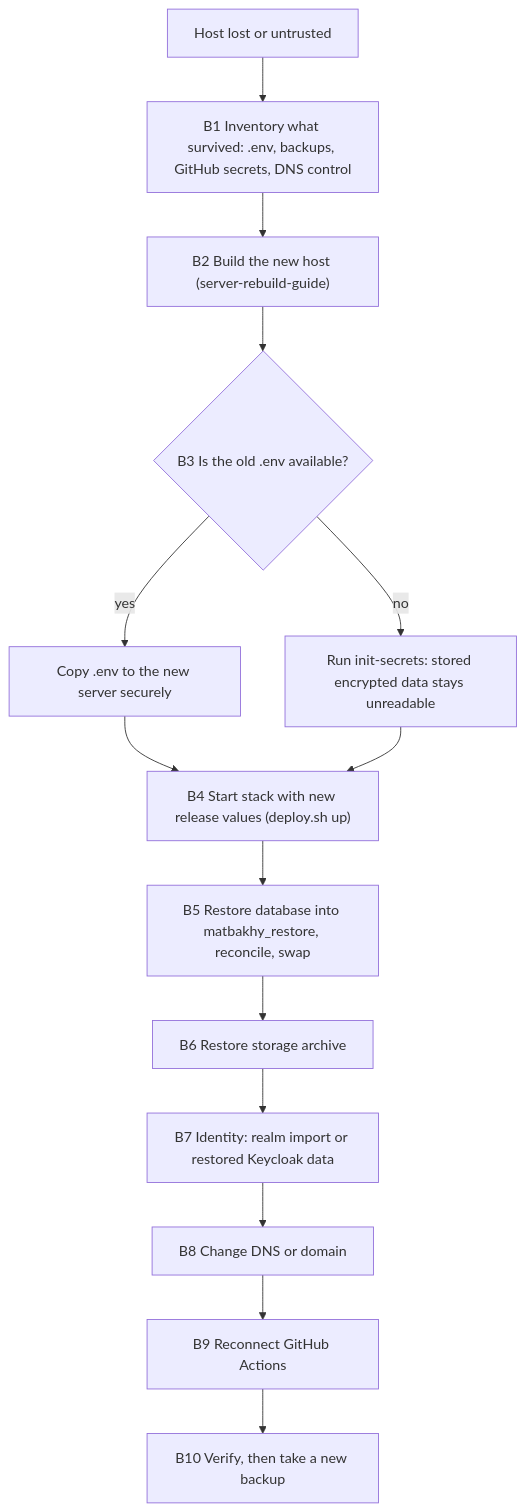
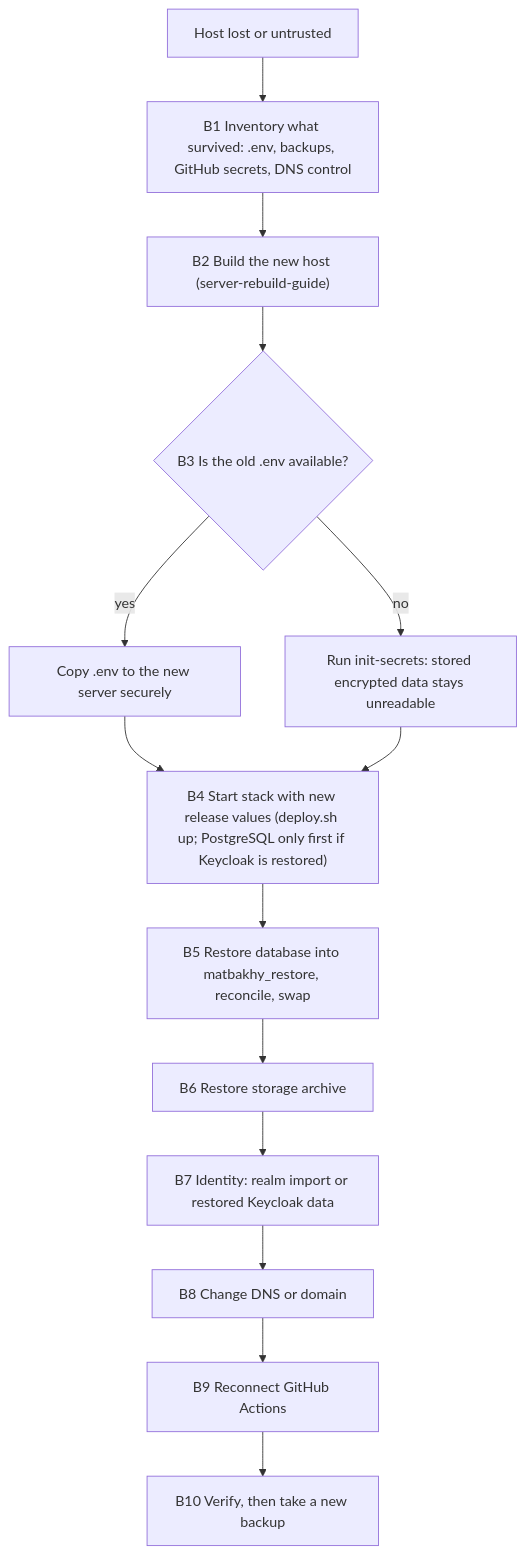
The diagram in docs/developer-handbook/08-infrastructure/backup-restore-disaster-recovery.md (afawzy70/Matbakhy-v1), drawn with Mermaid before and after one commit. The commit also changed other lines of this file and 35 other files, not shown here.

````diff
--- a/docs/developer-handbook/08-infrastructure/backup-restore-disaster-recovery.md
+++ b/docs/developer-handbook/08-infrastructure/backup-restore-disaster-recovery.md
@@ -134,16 +137,16 @@
 ```mermaid
 flowchart TD
     start["Host lost or untrusted"] --> inv["B1 Inventory what survived: .env, backups, GitHub secrets, DNS control"]
     inv --> host["B2 Build the new host (server-rebuild-guide)"]
     host --> keep{"B3 Is the old .env available?"}
     keep -->|"yes"| copy["Copy .env to the new server securely"]
     keep -->|"no"| fresh["Run init-secrets: stored encrypted data stays unreadable"]
-    copy --> up["B4 Start stack with new release values (deploy.sh up)"]
+    copy --> up["B4 Start stack with new release values (deploy.sh up; PostgreSQL only first if Keycloak is restored)"]
     fresh --> up
     up --> db["B5 Restore database into matbakhy_restore, reconcile, swap"]
     db --> stor["B6 Restore storage archive"]
     stor --> id["B7 Identity: realm import or restored Keycloak data"]
     id --> dns["B8 Change DNS or domain"]
     dns --> gh["B9 Reconnect GitHub Actions"]
     gh --> verify["B10 Verify, then take a new backup"]
 ```
````
